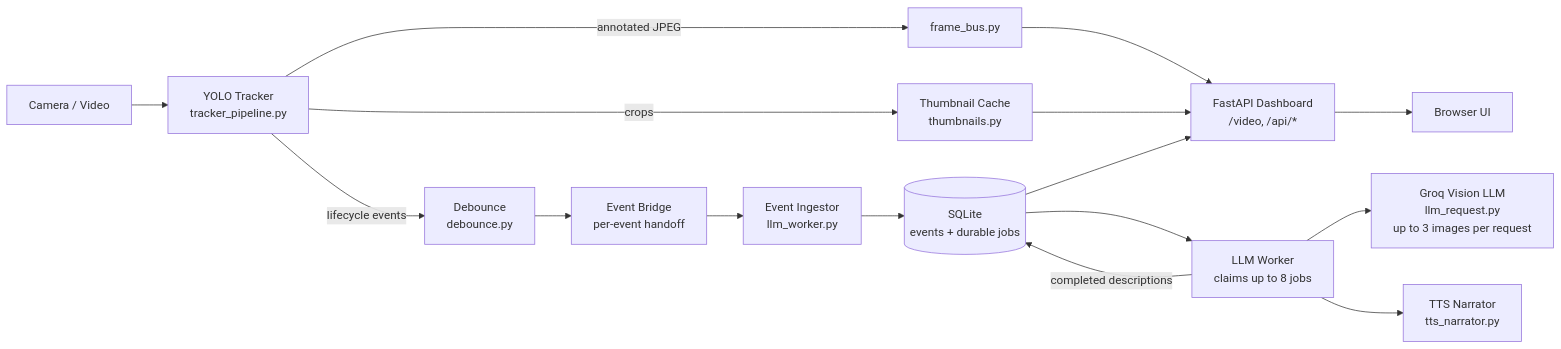
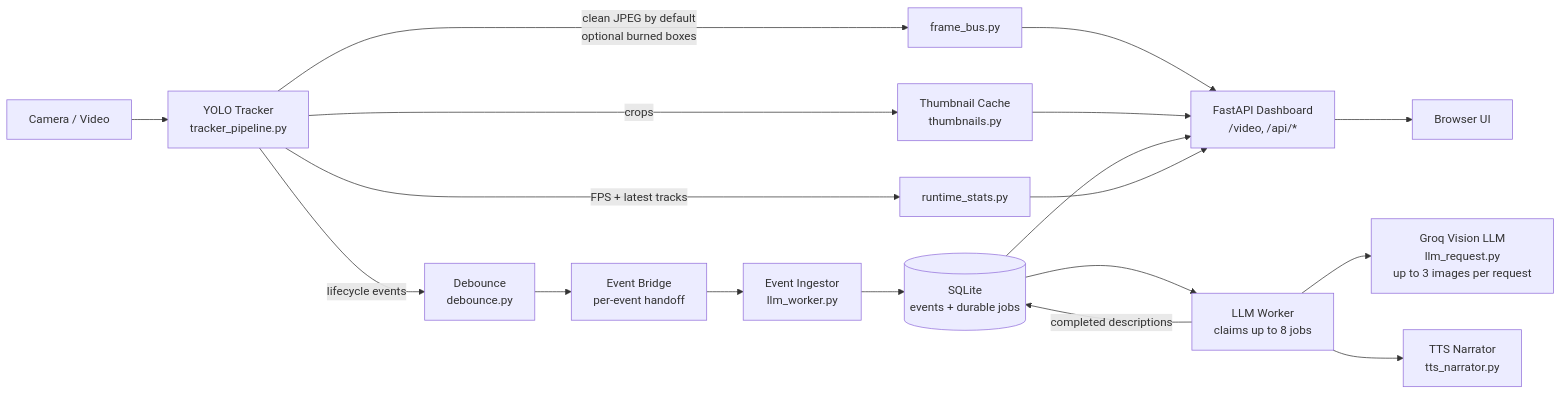
Before and after one commit to Ibtesam-Hussain/precept-ai: the diagram in README.md, drawn with Mermaid. The commit also changed other lines of this file, not shown here.

Commit message:
Document dashboard HUD and runtime APIs

````diff
--- a/README.md
+++ b/README.md
@@ -48,18 +50,20 @@
 ```mermaid
 flowchart LR
     A[Camera / Video] --> B[YOLO Tracker<br/>tracker_pipeline.py]
-    B -->|annotated JPEG| C[frame_bus.py]
+    B -->|clean JPEG by default<br/>optional burned boxes| C[frame_bus.py]
+    B -->|FPS + latest tracks| R[runtime_stats.py]
     B -->|crops| D[Thumbnail Cache<br/>thumbnails.py]
     B -->|lifecycle events| E[Debounce<br/>debounce.py]
     E --> F[Event Bridge<br/>per-event handoff]
     F --> G[Event Ingestor<br/>llm_worker.py]
     G --> I[(SQLite<br/>events + durable jobs)]
     I --> H[LLM Worker<br/>claims up to 8 jobs]
     H --> M[Groq Vision LLM<br/>llm_request.py<br/>up to 3 images per request]
     H -->|completed descriptions| I
     H --> J[TTS Narrator<br/>tts_narrator.py]
     C --> K[FastAPI Dashboard<br/>/video, /api/*]
     D --> K
     I --> K
+    R --> K
     K --> L[Browser UI]
 ```
````
